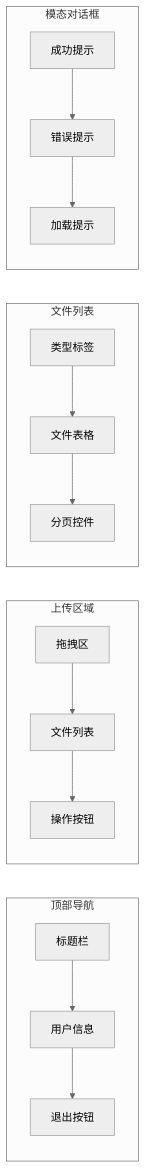
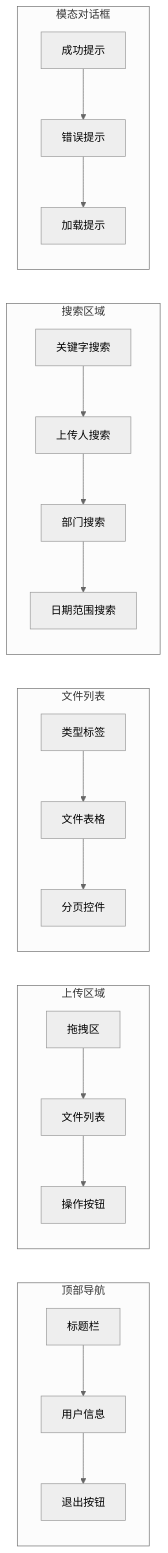
One commit to lane6008/fileTest changed the sixth of 8 diagrams in .qoder/repowiki/zh/content/前端界面系统.md. Above: the diagram before and after it, drawn with Mermaid (neutral theme). The commit also changed other lines of this file and 7 other files, not shown here.

````diff
--- a/.qoder/repowiki/zh/content/前端界面系统.md
+++ b/.qoder/repowiki/zh/content/前端界面系统.md
@@ -348,19 +363,24 @@
 ```mermaid
 graph LR
 subgraph "顶部导航"
 A[标题栏] --> B[用户信息]
 B --> C[退出按钮]
 end
 subgraph "上传区域"
 D[拖拽区] --> E[文件列表]
 E --> F[操作按钮]
 end
 subgraph "文件列表"
 G[类型标签] --> H[文件表格]
 H --> I[分页控件]
 end
+subgraph "搜索区域"
+J[关键字搜索] --> K[上传人搜索]
+K --> L[部门搜索]
+L --> M[日期范围搜索]
+end
 subgraph "模态对话框"
-J[成功提示] --> K[错误提示]
-K --> L[加载提示]
+N[成功提示] --> O[错误提示]
+O --> P[加载提示]
 end
 ```
````
